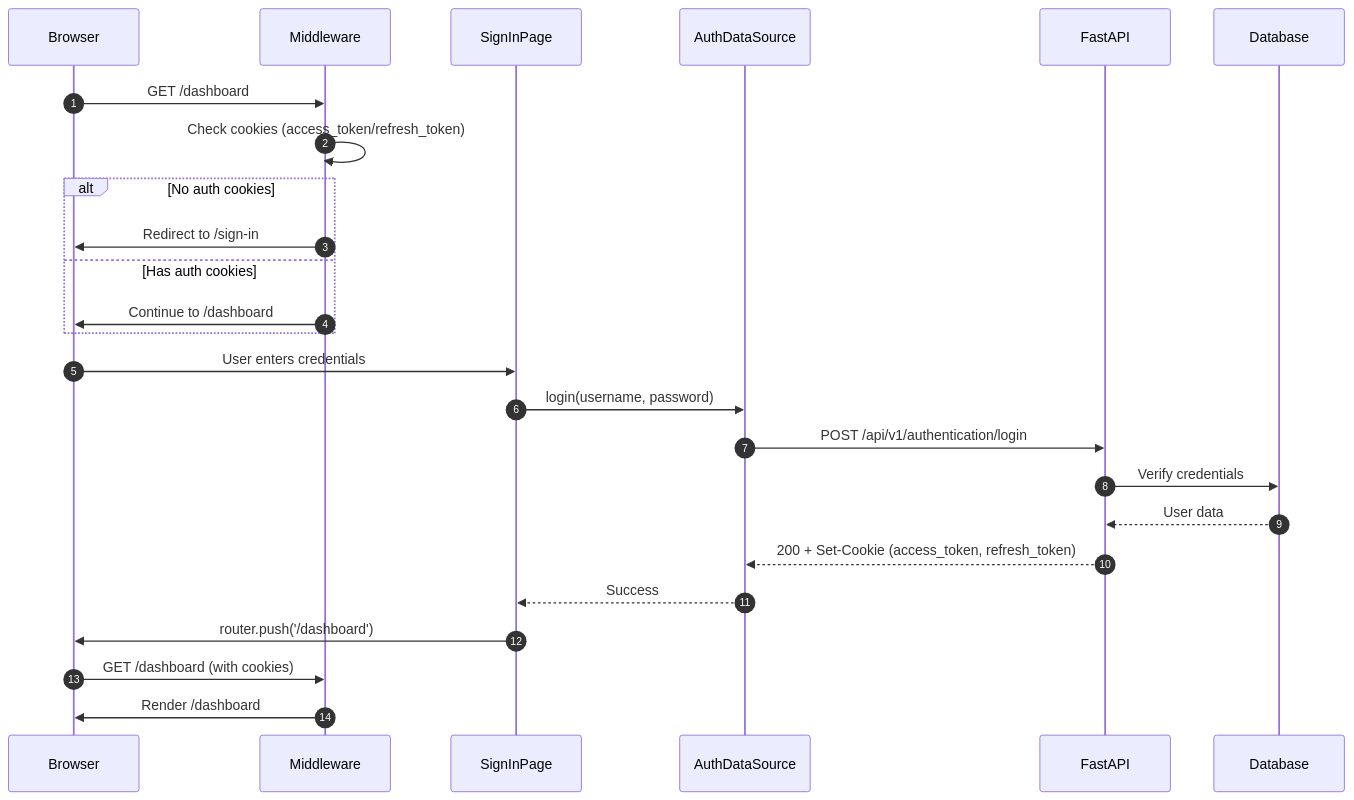
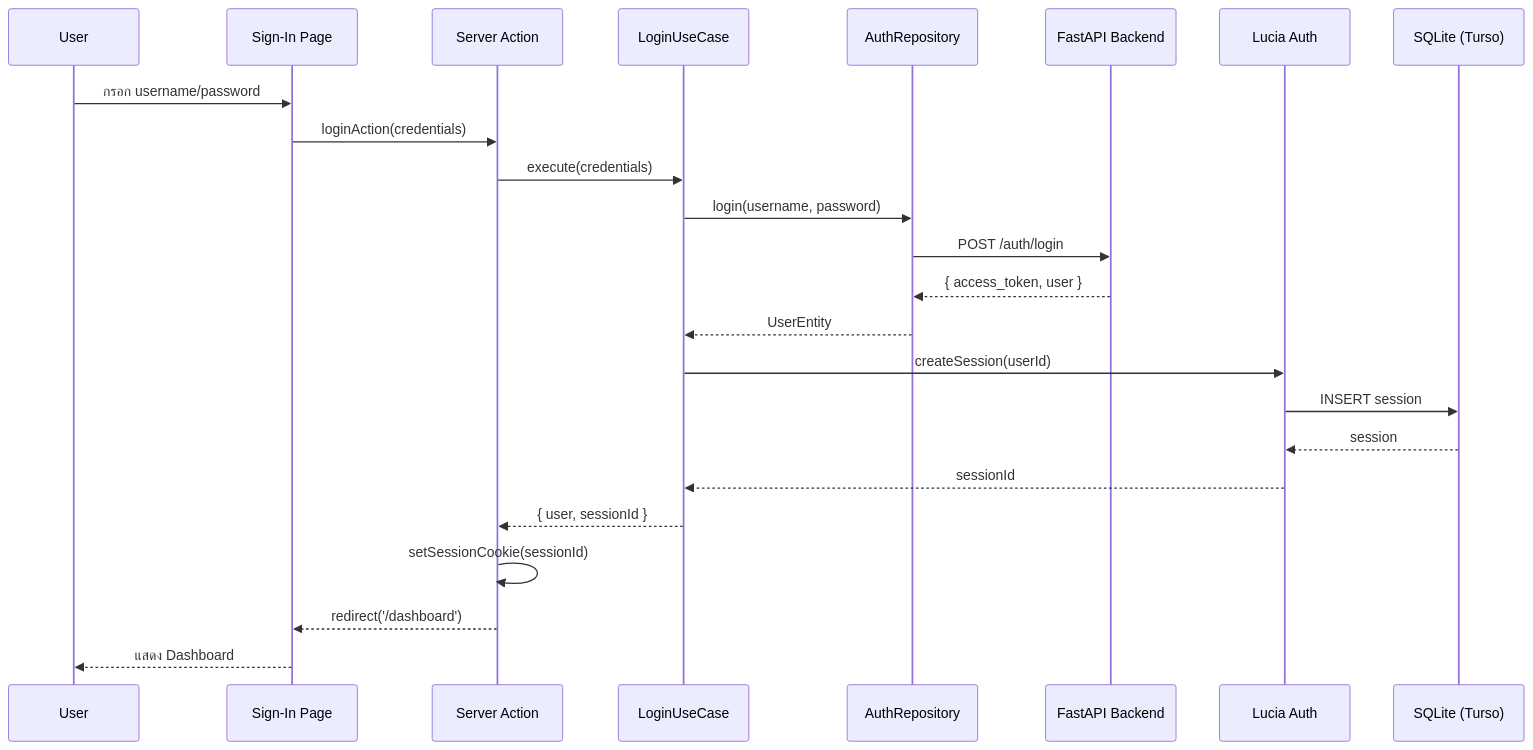
Before and after one commit to kongnakornna/react-nextjs-ddd: the second of 4 diagrams in docs/architecture-react-nextjs-ddd.md, drawn with Mermaid. The commit also changed other lines of this file and 2 other files, not shown here.

````diff
--- a/docs/architecture-react-nextjs-ddd.md
+++ b/docs/architecture-react-nextjs-ddd.md
@@ -428,29 +268,27 @@
 ```mermaid
 sequenceDiagram
-    autonumber
-    participant Browser
-    participant Middleware
-    participant SignInPage
-    participant AuthDataSource
-    participant FastAPI
-    participant Database
+    participant User
+    participant Page as Sign-In Page
+    participant Action as Server Action
+    participant UseCase as LoginUseCase
+    participant Repo as AuthRepository
+    participant API as FastAPI Backend
+    participant Lucia as Lucia Auth
+    participant DB as SQLite (Turso)
 
-    Browser->>Middleware: GET /dashboard
-    Middleware->>Middleware: Check cookies (access_token/refresh_token)
-    alt No auth cookies
-        Middleware->>Browser: Redirect to /sign-in
-    else Has auth cookies
-        Middleware->>Browser: Continue to /dashboard
-    end
-
-    Browser->>SignInPage: User enters credentials
-    SignInPage->>AuthDataSource: login(username, password)
-    AuthDataSource->>FastAPI: POST /api/v1/authentication/login
-    FastAPI->>Database: Verify credentials
-    Database-->>FastAPI: User data
-    FastAPI-->>AuthDataSource: 200 + Set-Cookie (access_token, refresh_token)
-    AuthDataSource-->>SignInPage: Success
-    SignInPage->>Browser: router.push('/dashboard')
-    Browser->>Middleware: GET /dashboard (with cookies)
-    Middleware->>Browser: Render /dashboard
+    User->>Page: กรอก username/password
+    Page->>Action: loginAction(credentials)
+    Action->>UseCase: execute(credentials)
+    UseCase->>Repo: login(username, password)
+    Repo->>API: POST /auth/login
+    API-->>Repo: { access_token, user }
+    Repo-->>UseCase: UserEntity
+    UseCase->>Lucia: createSession(userId)
+    Lucia->>DB: INSERT session
+    DB-->>Lucia: session
+    Lucia-->>UseCase: sessionId
+    UseCase-->>Action: { user, sessionId }
+    Action->>Action: setSessionCookie(sessionId)
+    Action-->>Page: redirect('/dashboard')
+    Page-->>User: แสดง Dashboard
 ```
````
